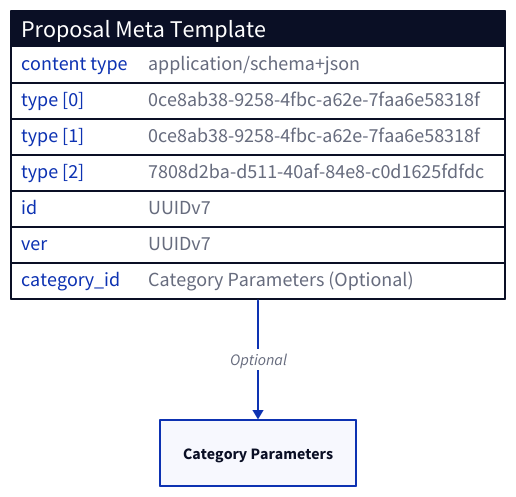
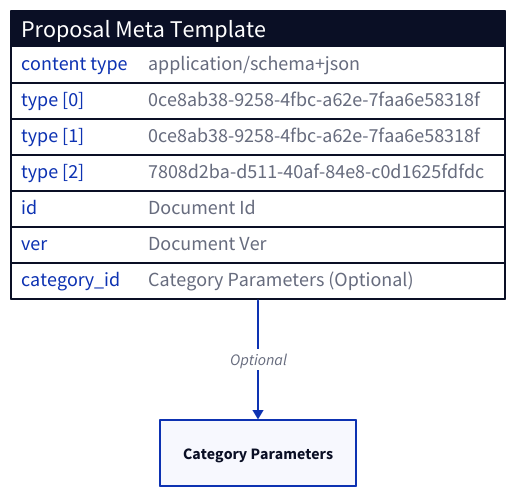
Before and after one commit to input-output-hk/catalyst-libs: the diagram in docs/src/architecture/08_concepts/signed_doc/docs/proposal_meta_template.md, drawn with D2. The commit also changed other lines of this file and 22 other files, not shown here.

````diff
--- a/docs/src/architecture/08_concepts/signed_doc/docs/proposal_meta_template.md
+++ b/docs/src/architecture/08_concepts/signed_doc/docs/proposal_meta_template.md
@@ -12,15 +12,15 @@
 ```d2 layout="elk"
 "Proposal Meta Template": {
   shape: sql_table
   "content type": application/schema+json
   "type [0]": 0ce8ab38-9258-4fbc-a62e-7faa6e58318f
   "type [1]": 0ce8ab38-9258-4fbc-a62e-7faa6e58318f
   "type [2]": 7808d2ba-d511-40af-84e8-c0d1625fdfdc
-  "id": UUIDv7
-  "ver": UUIDv7
+  "id": Document Id
+  "ver": Document Ver
   "category_id": Category Parameters (Optional)
 
 }
 
 "Proposal Meta Template"."category_id"->"Category Parameters": Optional
 ```
````
